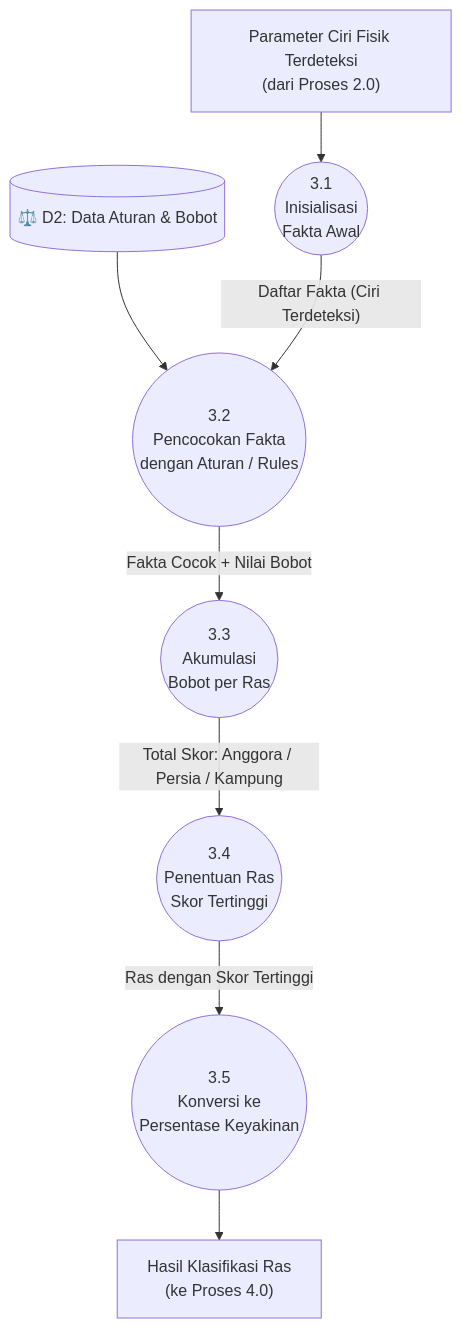
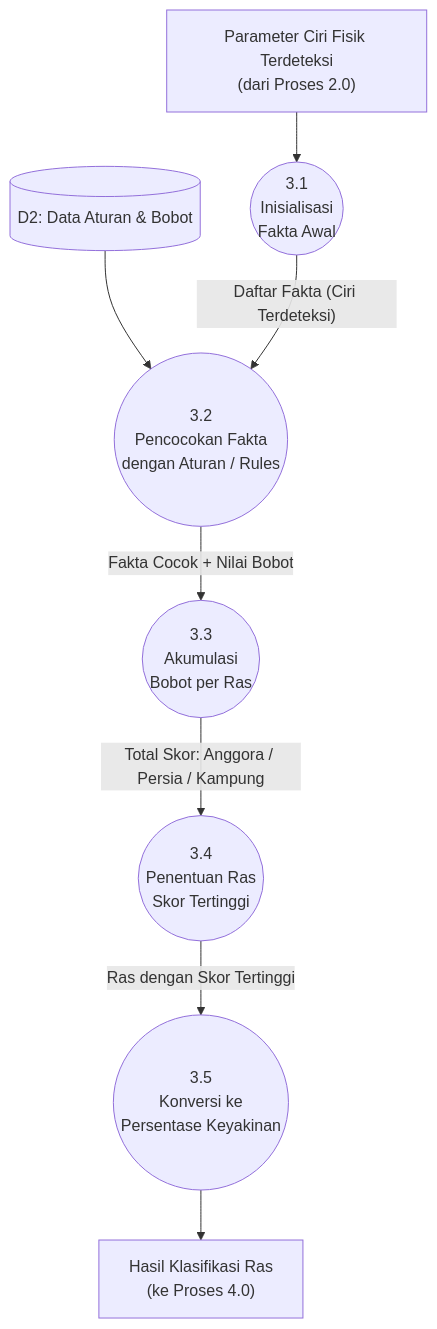
The third of 3 diagrams in DFD.md (bimoBintang/identifikasi-ras-kucing), drawn with Mermaid before and after one commit. The commit also changed other lines of this file and 1 other file, not shown here.

Commit message:
docs: remove emojis from mermaid diagrams

````diff
--- a/DFD.md
+++ b/DFD.md
@@ -76,25 +76,25 @@
 ```mermaid
 graph TD
     %% Input dari proses sebelumnya
     InputCiri["Parameter Ciri Fisik Terdeteksi\n(dari Proses 2.0)"]
-    InputBobot[("⚖️ D2: Data Aturan & Bobot")]
+    InputBobot[("D2: Data Aturan & Bobot")]
 
     %% Sub-proses Forward Chaining
     P3a(("3.1\nInisialisasi\nFakta Awal"))
     P3b(("3.2\nPencocokan Fakta\ndengan Aturan / Rules"))
     P3c(("3.3\nAkumulasi\nBobot per Ras"))
     P3d(("3.4\nPenentuan Ras\nSkor Tertinggi"))
     P3e(("3.5\nKonversi ke\nPersentase Keyakinan"))
 
     %% Output ke proses berikutnya
     OutputHasil["Hasil Klasifikasi Ras\n(ke Proses 4.0)"]
 
     %% Aliran
     InputCiri --> P3a
     InputBobot --> P3b
     P3a -- "Daftar Fakta (Ciri Terdeteksi)" --> P3b
     P3b -- "Fakta Cocok + Nilai Bobot" --> P3c
     P3c -- "Total Skor: Anggora / Persia / Kampung" --> P3d
     P3d -- "Ras dengan Skor Tertinggi" --> P3e
     P3e --> OutputHasil
 ```
````
